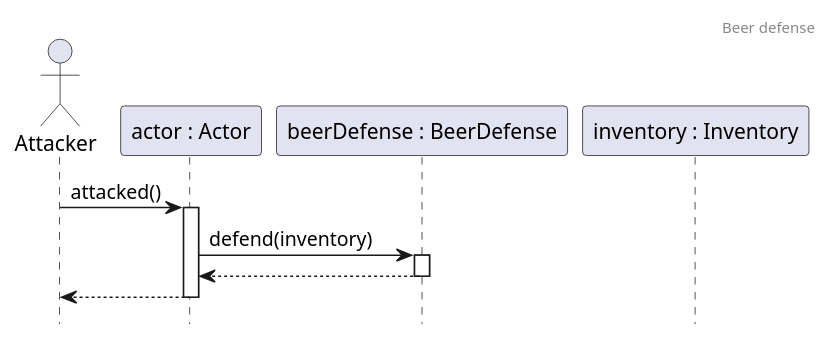
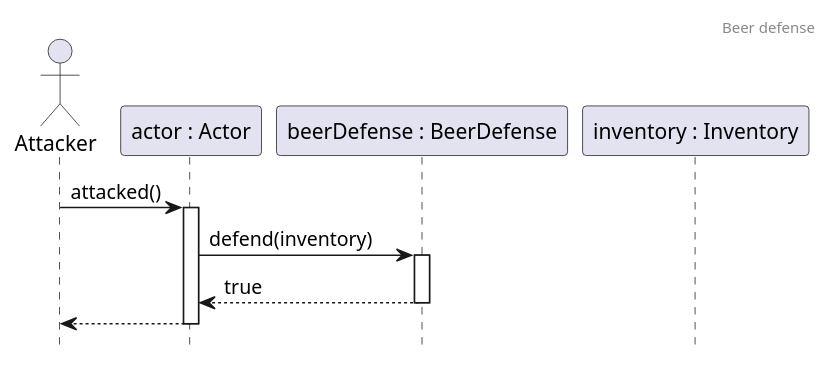
The diagram in docs/sequence/defense/BeerDefense.puml (Kristof-me/Logarlec), drawn with PlantUML before and after one commit. The commit also changed 4 other files, not shown here.

Commit message:
Checked Sequence 06-12

```diff
--- a/docs/sequence/defense/BeerDefense.puml
+++ b/docs/sequence/defense/BeerDefense.puml
@@ -1,16 +1,16 @@
 @startuml BeerDefense
 header Beer defense
 hide footbox
 
 ' csak mi tudjuk, hogy ők azok, de ez generikus igazából 
 actor prof as "Attacker"
 participant student as "actor : Actor"
 participant beerDefense as "beerDefense : BeerDefense"
 participant inventory as "inventory : Inventory"
 
 prof -> student ++ : attacked()
 student -> beerDefense ++ : defend(inventory)
-return 
+return true
 return
 
 @enduml
```
